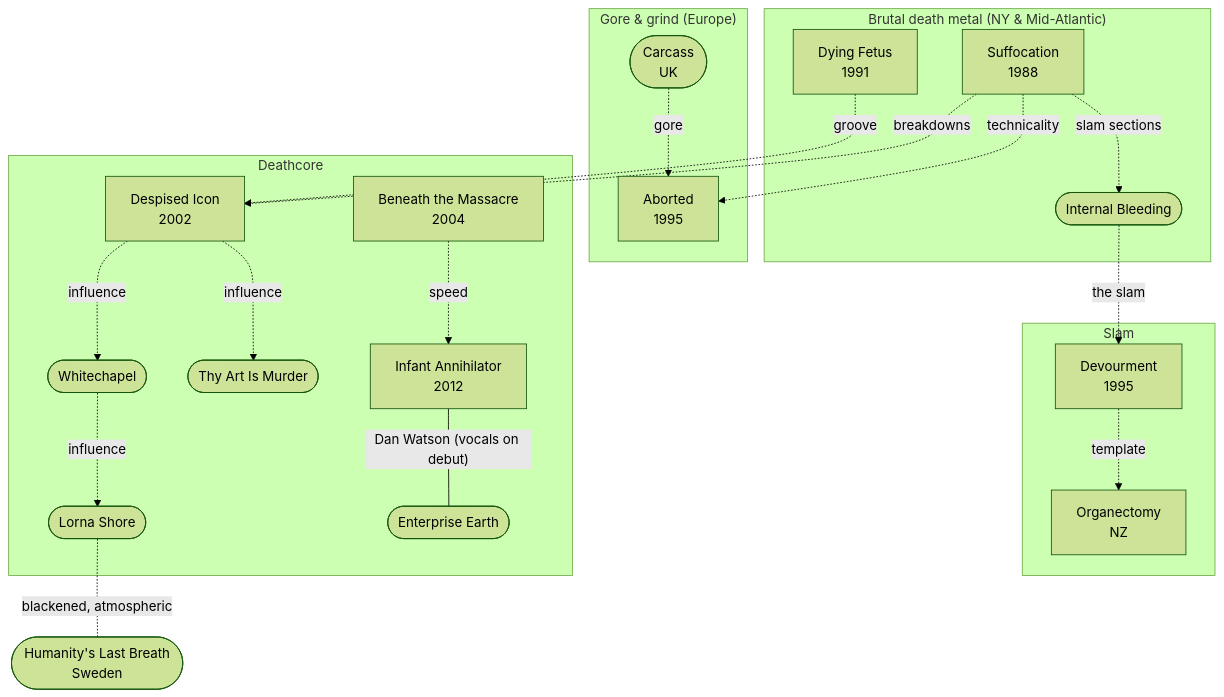
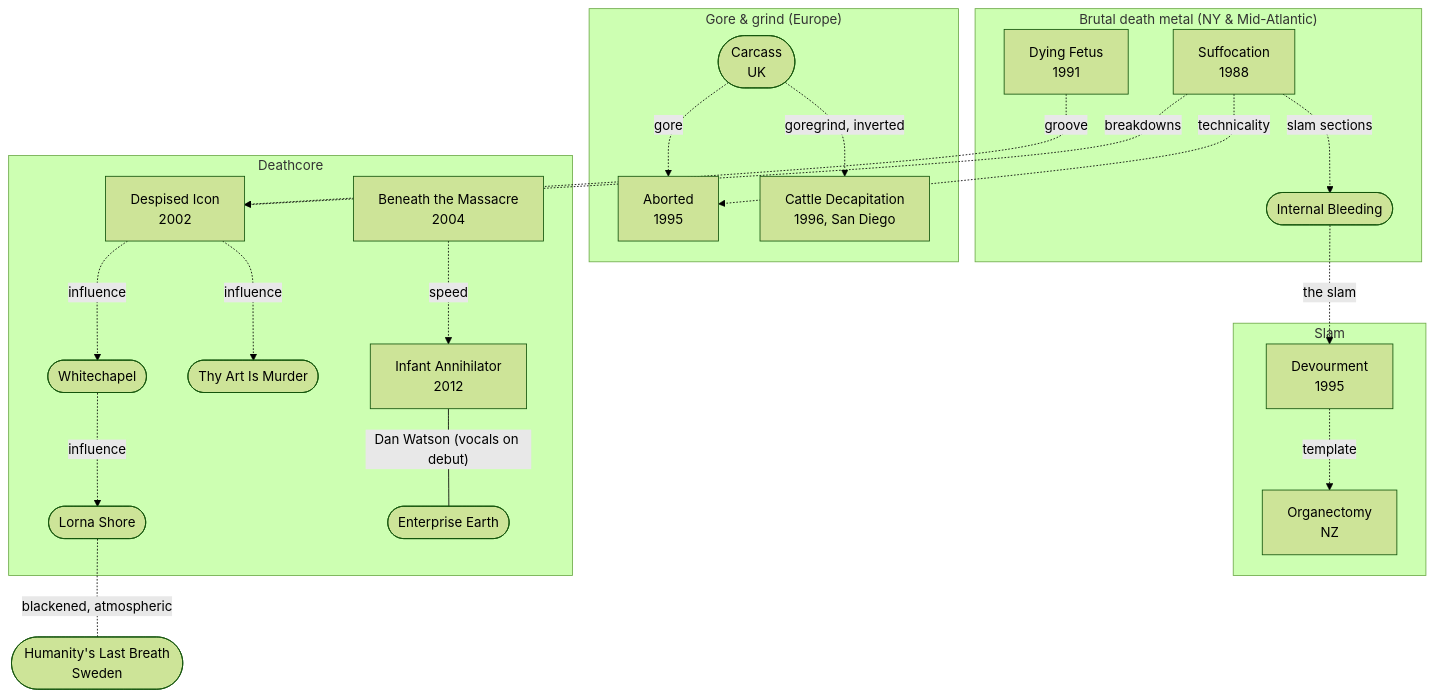
The diagram in brutal-death/connections.md (zrrbite/music-scenes), drawn with Mermaid (forest theme) before and after one commit. The commit also changed 12 other files, not shown here.

Commit message:
Add Foo Fighters (grunge) and Cattle Decapitation (brutal death, West Coast)

````diff
--- a/brutal-death/connections.md
+++ b/brutal-death/connections.md
@@ -8,40 +8,42 @@
 ```mermaid
 flowchart TD
     subgraph BDM["Brutal death metal (NY & Mid-Atlantic)"]
         SUF["Suffocation<br/>1988"]
         IB(["Internal Bleeding"])
         DF["Dying Fetus<br/>1991"]
     end
     subgraph GORE["Gore & grind (Europe)"]
         CARC(["Carcass<br/>UK"])
         ABOR["Aborted<br/>1995"]
+        CD["Cattle Decapitation<br/>1996, San Diego"]
     end
     subgraph SLAM["Slam"]
         DEV["Devourment<br/>1995"]
         ORG["Organectomy<br/>NZ"]
     end
     subgraph DC["Deathcore"]
         DI["Despised Icon<br/>2002"]
         BTM["Beneath the Massacre<br/>2004"]
         WC(["Whitechapel"])
         TAIM(["Thy Art Is Murder"])
         IA["Infant Annihilator<br/>2012"]
         LS(["Lorna Shore"])
         EE(["Enterprise Earth"])
     end
     HLB(["Humanity's Last Breath<br/>Sweden"])
 
     SUF -. "slam sections" .-> IB
     IB -. "the slam" .-> DEV
     SUF -. "technicality" .-> ABOR
     CARC -. "gore" .-> ABOR
+    CARC -. "goregrind, inverted" .-> CD
     DEV -. "template" .-> ORG
     SUF -. "breakdowns" .-> DI
     DF -. "groove" .-> DI
     DI -. "influence" .-> WC
     DI -. "influence" .-> TAIM
     BTM -. "speed" .-> IA
     IA -- "Dan Watson (vocals on debut)" --- EE
     WC -. "influence" .-> LS
     LS -. "blackened, atmospheric" .- HLB
 ```
````
